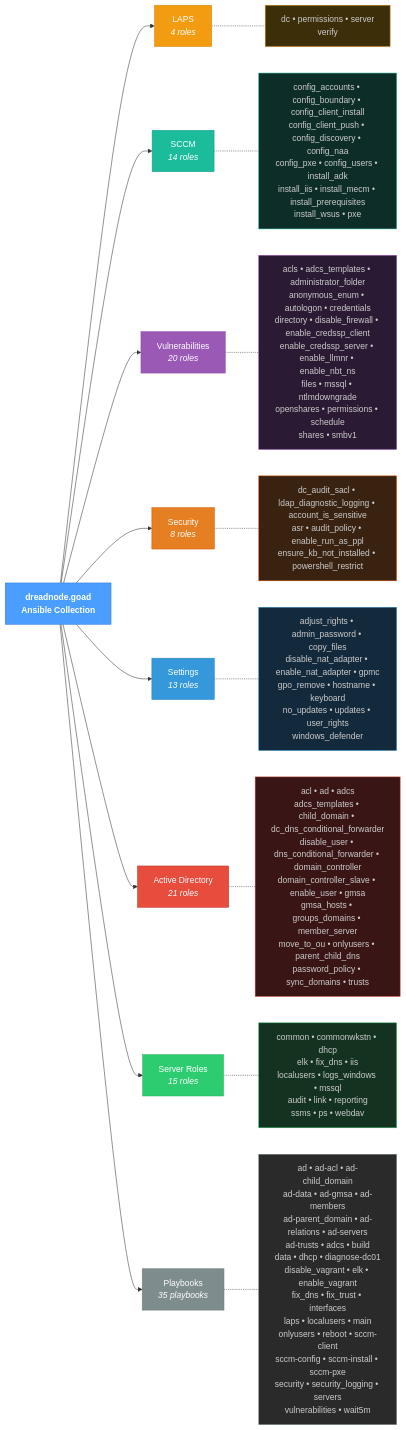
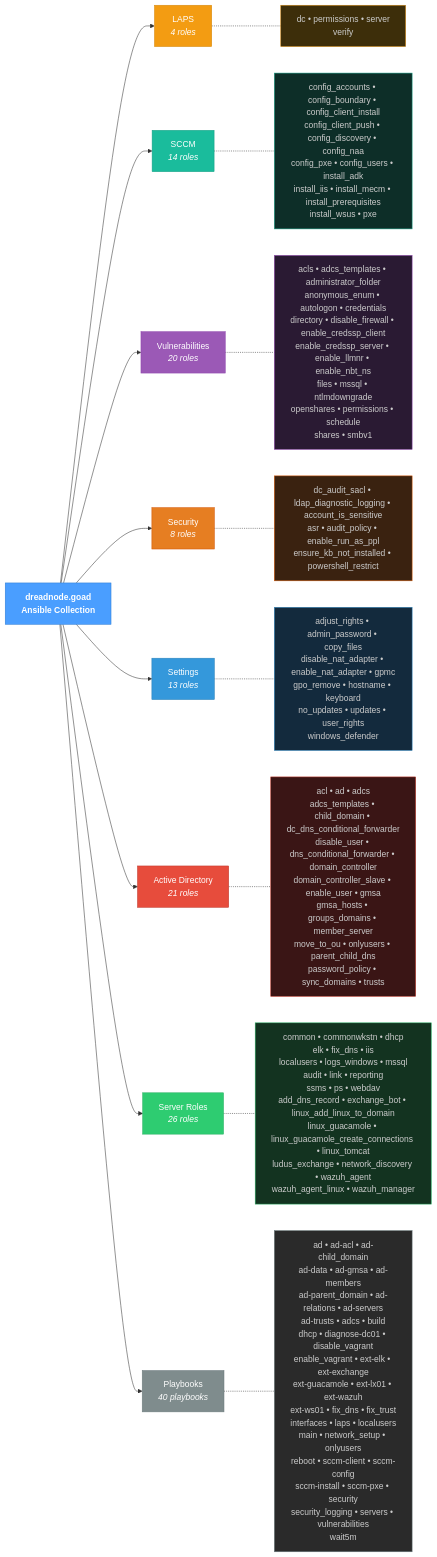
The diagram in docs/architecture.mmd (dreadnode/DreadGOAD), drawn with Mermaid before and after one commit. The commit also changed 198 other files, not shown here.

```diff
--- a/docs/architecture.mmd
+++ b/docs/architecture.mmd
@@ -1,39 +1,39 @@
 graph LR
     Collection["dreadnode.goad<br/>Ansible Collection"]
 
     Collection --> LAPS["LAPS<br/><i>4 roles</i>"]
     Collection --> SCCM["SCCM<br/><i>14 roles</i>"]
     Collection --> Vulnerabilities["Vulnerabilities<br/><i>20 roles</i>"]
     Collection --> Security["Security<br/><i>8 roles</i>"]
     Collection --> Settings["Settings<br/><i>13 roles</i>"]
     Collection --> ActiveDirectory["Active Directory<br/><i>21 roles</i>"]
-    Collection --> ServerRoles["Server Roles<br/><i>15 roles</i>"]
+    Collection --> ServerRoles["Server Roles<br/><i>26 roles</i>"]
 
     LAPS -.- LAPS_detail["dc &bull; permissions &bull; server<br/>verify"]
     SCCM -.- SCCM_detail["config_accounts &bull; config_boundary &bull; config_client_install<br/>config_client_push &bull; config_discovery &bull; config_naa<br/>config_pxe &bull; config_users &bull; install_adk<br/>install_iis &bull; install_mecm &bull; install_prerequisites<br/>install_wsus &bull; pxe"]
     Vulnerabilities -.- Vulnerabilities_detail["acls &bull; adcs_templates &bull; administrator_folder<br/>anonymous_enum &bull; autologon &bull; credentials<br/>directory &bull; disable_firewall &bull; enable_credssp_client<br/>enable_credssp_server &bull; enable_llmnr &bull; enable_nbt_ns<br/>files &bull; mssql &bull; ntlmdowngrade<br/>openshares &bull; permissions &bull; schedule<br/>shares &bull; smbv1"]
     Security -.- Security_detail["dc_audit_sacl &bull; ldap_diagnostic_logging &bull; account_is_sensitive<br/>asr &bull; audit_policy &bull; enable_run_as_ppl<br/>ensure_kb_not_installed &bull; powershell_restrict"]
     Settings -.- Settings_detail["adjust_rights &bull; admin_password &bull; copy_files<br/>disable_nat_adapter &bull; enable_nat_adapter &bull; gpmc<br/>gpo_remove &bull; hostname &bull; keyboard<br/>no_updates &bull; updates &bull; user_rights<br/>windows_defender"]
     ActiveDirectory -.- ActiveDirectory_detail["acl &bull; ad &bull; adcs<br/>adcs_templates &bull; child_domain &bull; dc_dns_conditional_forwarder<br/>disable_user &bull; dns_conditional_forwarder &bull; domain_controller<br/>domain_controller_slave &bull; enable_user &bull; gmsa<br/>gmsa_hosts &bull; groups_domains &bull; member_server<br/>move_to_ou &bull; onlyusers &bull; parent_child_dns<br/>password_policy &bull; sync_domains &bull; trusts"]
-    ServerRoles -.- ServerRoles_detail["common &bull; commonwkstn &bull; dhcp<br/>elk &bull; fix_dns &bull; iis<br/>localusers &bull; logs_windows &bull; mssql<br/>audit &bull; link &bull; reporting<br/>ssms &bull; ps &bull; webdav"]
+    ServerRoles -.- ServerRoles_detail["common &bull; commonwkstn &bull; dhcp<br/>elk &bull; fix_dns &bull; iis<br/>localusers &bull; logs_windows &bull; mssql<br/>audit &bull; link &bull; reporting<br/>ssms &bull; ps &bull; webdav<br/>add_dns_record &bull; exchange_bot &bull; linux_add_linux_to_domain<br/>linux_guacamole &bull; linux_guacamole_create_connections &bull; linux_tomcat<br/>ludus_exchange &bull; network_discovery &bull; wazuh_agent<br/>wazuh_agent_linux &bull; wazuh_manager"]
 
-    Collection --> Playbooks["Playbooks<br/><i>35 playbooks</i>"]
-    Playbooks -.- Playbooks_detail["ad &bull; ad-acl &bull; ad-child_domain<br/>ad-data &bull; ad-gmsa &bull; ad-members<br/>ad-parent_domain &bull; ad-relations &bull; ad-servers<br/>ad-trusts &bull; adcs &bull; build<br/>data &bull; dhcp &bull; diagnose-dc01<br/>disable_vagrant &bull; elk &bull; enable_vagrant<br/>fix_dns &bull; fix_trust &bull; interfaces<br/>laps &bull; localusers &bull; main<br/>onlyusers &bull; reboot &bull; sccm-client<br/>sccm-config &bull; sccm-install &bull; sccm-pxe<br/>security &bull; security_logging &bull; servers<br/>vulnerabilities &bull; wait5m"]
+    Collection --> Playbooks["Playbooks<br/><i>40 playbooks</i>"]
+    Playbooks -.- Playbooks_detail["ad &bull; ad-acl &bull; ad-child_domain<br/>ad-data &bull; ad-gmsa &bull; ad-members<br/>ad-parent_domain &bull; ad-relations &bull; ad-servers<br/>ad-trusts &bull; adcs &bull; build<br/>dhcp &bull; diagnose-dc01 &bull; disable_vagrant<br/>enable_vagrant &bull; ext-elk &bull; ext-exchange<br/>ext-guacamole &bull; ext-lx01 &bull; ext-wazuh<br/>ext-ws01 &bull; fix_dns &bull; fix_trust<br/>interfaces &bull; laps &bull; localusers<br/>main &bull; network_setup &bull; onlyusers<br/>reboot &bull; sccm-client &bull; sccm-config<br/>sccm-install &bull; sccm-pxe &bull; security<br/>security_logging &bull; servers &bull; vulnerabilities<br/>wait5m"]
 
     style Collection fill:#4a9eff,stroke:#2d7cd4,color:#fff,font-weight:bold
     style Playbooks fill:#7f8c8d,stroke:#6c7a7d,color:#fff
     style Playbooks_detail fill:#2a2a2a,stroke:#6c7a7d,color:#ccc
     style LAPS fill:#f39c12,stroke:#d68910,color:#fff
     style LAPS_detail fill:#3d2e0a,stroke:#d68910,color:#ccc
     style SCCM fill:#1abc9c,stroke:#16a085,color:#fff
     style SCCM_detail fill:#0d2e28,stroke:#16a085,color:#ccc
     style Vulnerabilities fill:#9b59b6,stroke:#8e44ad,color:#fff
     style Vulnerabilities_detail fill:#2a1a33,stroke:#8e44ad,color:#ccc
     style Security fill:#e67e22,stroke:#d35400,color:#fff
     style Security_detail fill:#3a2210,stroke:#d35400,color:#ccc
     style Settings fill:#3498db,stroke:#2980b9,color:#fff
     style Settings_detail fill:#132a3d,stroke:#2980b9,color:#ccc
     style ActiveDirectory fill:#e74c3c,stroke:#c0392b,color:#fff
     style ActiveDirectory_detail fill:#3a1515,stroke:#c0392b,color:#ccc
     style ServerRoles fill:#2ecc71,stroke:#27ae60,color:#fff
     style ServerRoles_detail fill:#133320,stroke:#27ae60,color:#ccc
```
